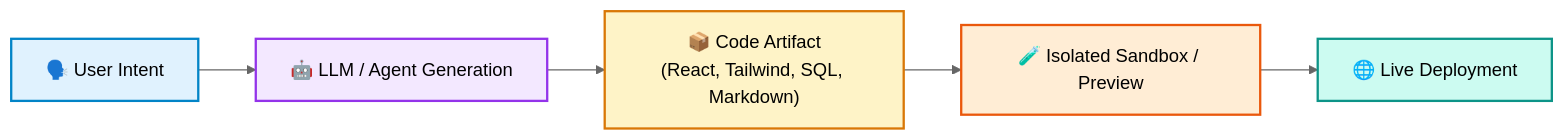
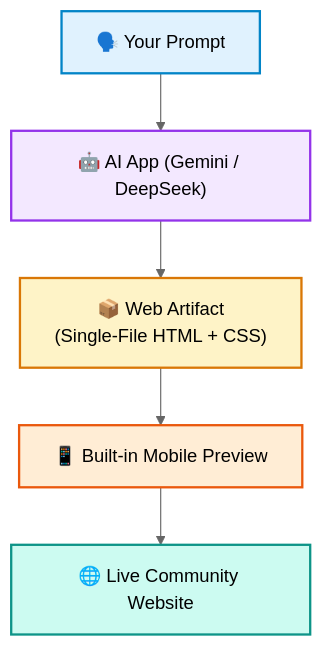
The fifth of 7 diagrams in BLUEPRINT.md (Mcc-Mak/kenya-digitalhub-ai-web-dev), drawn with Mermaid (neutral theme) before and after one commit. The commit also changed other lines of this file, not shown here.

````diff
--- a/BLUEPRINT.md
+++ b/BLUEPRINT.md
@@ -134,14 +124,14 @@
 ```mermaid
-flowchart LR
-    Intent["🗣️ User Intent"] --> LLM["🤖 LLM / Agent Generation"]
-    LLM --> Artifact["📦 Code Artifact<br/>(React, Tailwind, SQL, Markdown)"]
-    Artifact --> Sandbox["🧪 Isolated Sandbox / Preview"]
-    Sandbox --> Production["🌐 Live Deployment"]
+flowchart TD
+    Prompt["🗣️ Your Prompt"] --> AI["🤖 AI App (Gemini / DeepSeek)"]
+    AI --> Artifact["📦 Web Artifact<br/>(Single-File HTML + CSS)"]
+    Artifact --> Preview["📱 Built-in Mobile Preview"]
+    Preview --> Live["🌐 Live Community Website"]
 
-    style Intent fill:#e0f2fe,stroke:#0284c7,stroke-width:2px
-    style LLM fill:#f3e8ff,stroke:#9333ea,stroke-width:2px
+    style Prompt fill:#e0f2fe,stroke:#0284c7,stroke-width:2px
+    style AI fill:#f3e8ff,stroke:#9333ea,stroke-width:2px
     style Artifact fill:#fef3c7,stroke:#d97706,stroke-width:2px
-    style Sandbox fill:#ffedd5,stroke:#ea580c,stroke-width:2px
-    style Production fill:#ccfbf1,stroke:#0d9488,stroke-width:2px
+    style Preview fill:#ffedd5,stroke:#ea580c,stroke-width:2px
+    style Live fill:#ccfbf1,stroke:#0d9488,stroke-width:2px
 
 ```
````
